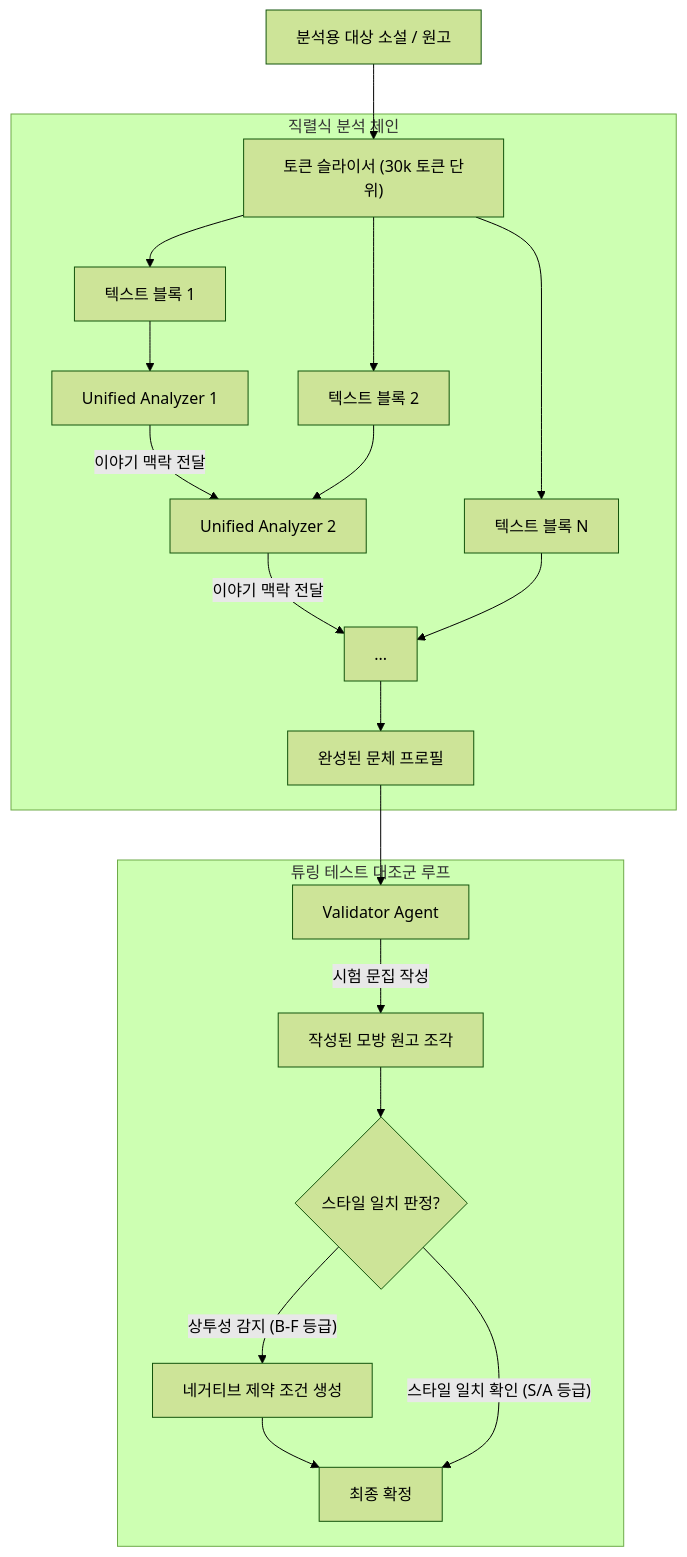
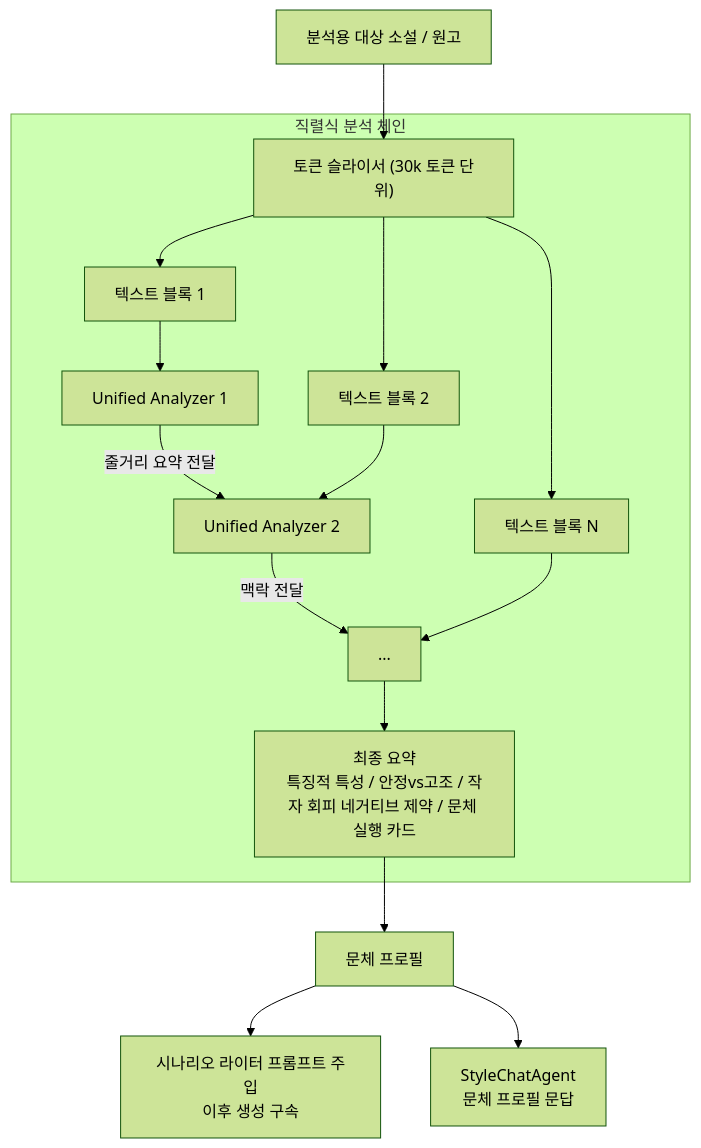
The third of 5 diagrams in README.ko.md (letmeow/spark-arc-studio), drawn with Mermaid (forest theme) before and after one commit. The commit also changed other lines of this file and 8 other files, not shown here.

````diff
--- a/README.ko.md
+++ b/README.ko.md
@@ -474,29 +483,22 @@
 ```mermaid
 graph TD
     Input[분석용 대상 소설 / 원고] --> Chunker["토큰 슬라이서 (30k 토큰 단위)"]
-    
+
     subgraph "직렬식 분석 체인"
         Chunker --> Block1[텍스트 블록 1]
         Block1 --> Analyzer1[Unified Analyzer 1]
-        Analyzer1 -- "이야기 맥락 전달" --> Analyzer2[Unified Analyzer 2]
-        
+        Analyzer1 -- "줄거리 요약 전달" --> Analyzer2[Unified Analyzer 2]
+
         Chunker --> Block2[텍스트 블록 2]
         Block2 --> Analyzer2
-        Analyzer2 -- "이야기 맥락 전달" --> AnalyzerN[...]
-        
+        Analyzer2 -- "맥락 전달" --> AnalyzerN[...]
+
         Chunker --> BlockN[텍스트 블록 N]
         BlockN --> AnalyzerN
-        AnalyzerN --> FinalProfile[완성된 문체 프로필]
+        AnalyzerN --> Synthesis["최종 요약<br/>특징적 특성 / 안정vs고조 / 작자 회피 네거티브 제약 / 문체 실행 카드"]
     end
-    
-    subgraph "튜링 테스트 대조군 루프"
-        FinalProfile --> Validator[Validator Agent]
-        Validator -- "시험 문집 작성" --> MimicText[작성된 모방 원고 조각]
-        MimicText --> Evaluator{스타일 일치 판정?}
-        
-        Evaluator -- "상투성 감지 (B-F 등급)" --> Refine[네거티브 제약 조건 생성]
-        Refine --> Finalizer[최종 확정]
-        
-        Evaluator -- "스타일 일치 확인 (S/A 등급)" --> Finalizer
-    end
+
+    Synthesis --> FinalProfile[문체 프로필]
+    FinalProfile --> Injection["시나리오 라이터 프롬프트 주입<br/>이후 생성 구속"]
+    FinalProfile --> StyleChat["StyleChatAgent<br/>문체 프로필 문답"]
 ```
````
